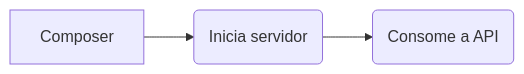
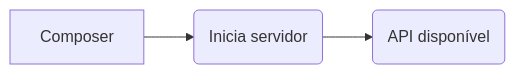
Before and after one commit to satellasoft/test-api: the diagram in README.MD, drawn with Mermaid. The commit also changed other lines of this file and 9 other files, not shown here.

````diff
--- a/README.MD
+++ b/README.MD
@@ -36,6 +56,6 @@
 ```mermaid
   flowchart LR
 
   A[Composer] --> B(Inicia servidor)
-  B --> C(Consome a API)
+  B --> C(API disponível)
 ```
````
